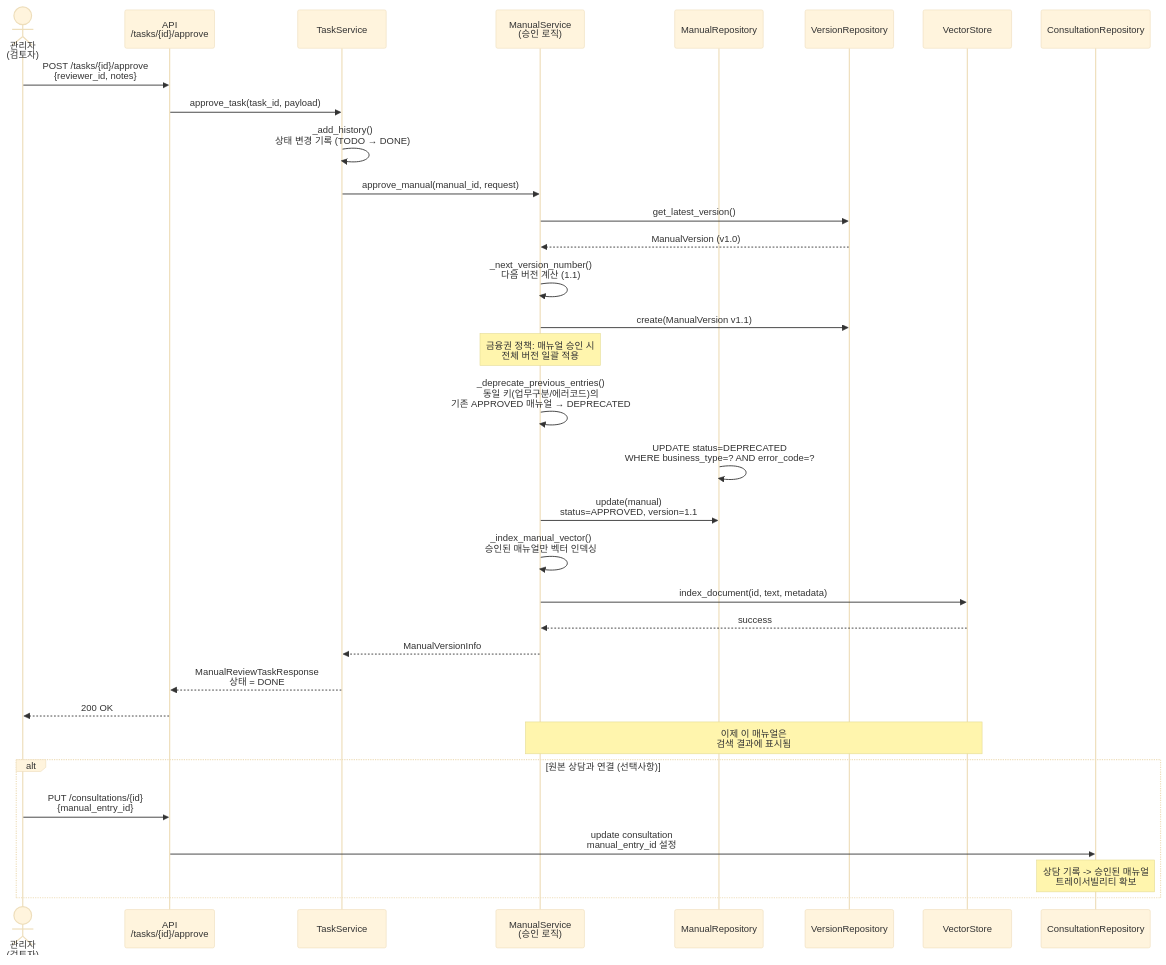
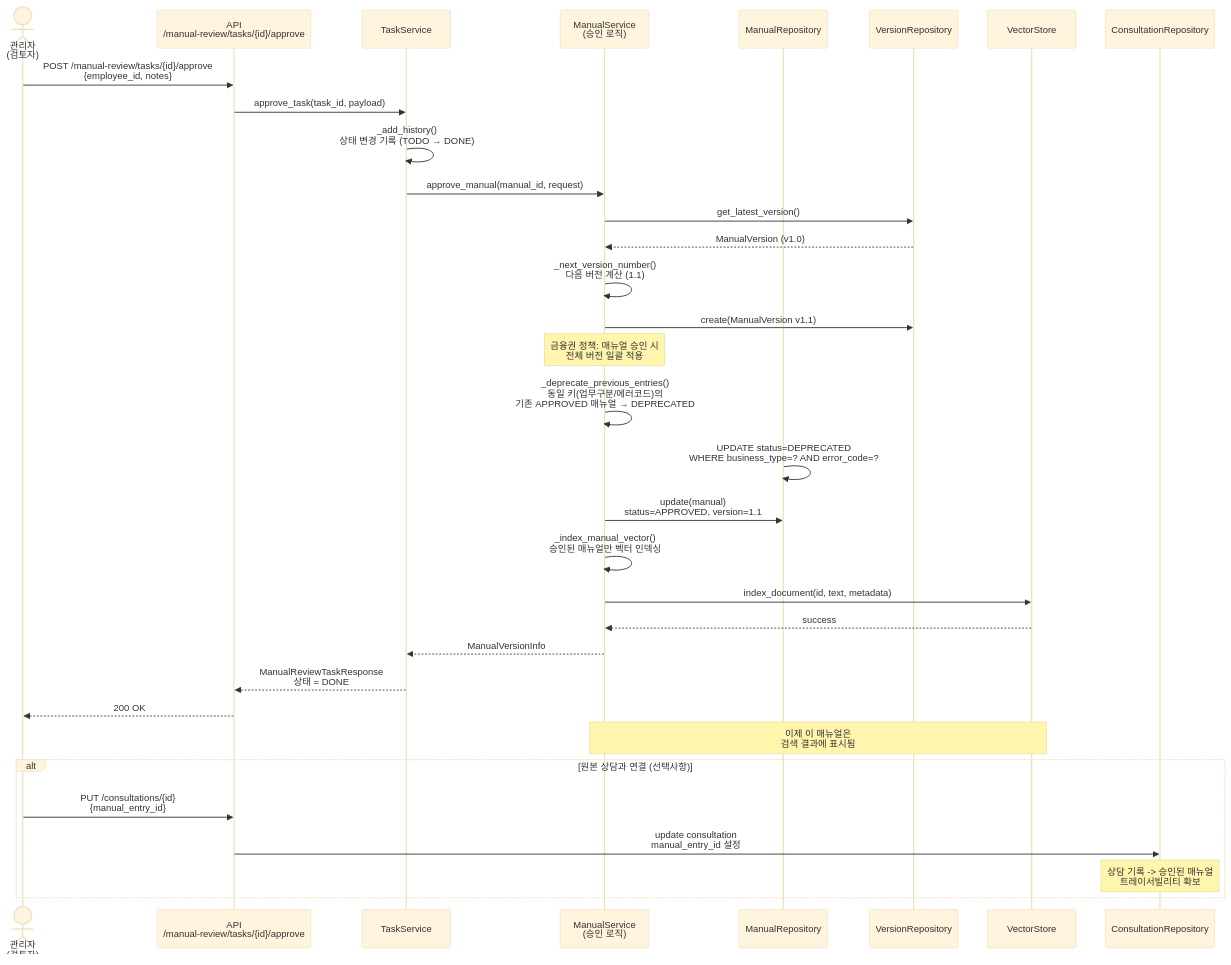
One commit to HauaM/k-helpdesk-wiki changed the fourth of 5 diagrams in onboarding.md. Above: the diagram before and after it, drawn with Mermaid (base theme). The commit also changed other lines of this file and 26 other files, not shown here.

````diff
--- a/onboarding.md
+++ b/onboarding.md
@@ -366,46 +366,46 @@
 ```mermaid
 sequenceDiagram
     actor Reviewer as 관리자<br/>(검토자)
-    participant API as API<br/>/tasks/{id}/approve
+    participant API as API<br/>/manual-review/tasks/{id}/approve
     participant Service as TaskService
     participant ManualService as ManualService<br/>(승인 로직)
     participant ManualRepo as ManualRepository
     participant VersionRepo as VersionRepository
     participant Vector as VectorStore
     participant Consultation as ConsultationRepository
 
-    Reviewer->>API: POST /tasks/{id}/approve<br/>{reviewer_id, notes}
+    Reviewer->>API: POST /manual-review/tasks/{id}/approve<br/>{employee_id, notes}
     API->>Service: approve_task(task_id, payload)
 
     Service->>Service: _add_history()<br/>상태 변경 기록 (TODO → DONE)
 
     Service->>ManualService: approve_manual(manual_id, request)
 
     ManualService->>VersionRepo: get_latest_version()
     VersionRepo-->>ManualService: ManualVersion (v1.0)
 
     ManualService->>ManualService: _next_version_number()<br/>다음 버전 계산 (1.1)
     ManualService->>VersionRepo: create(ManualVersion v1.1)
 
     Note over ManualService: 금융권 정책: 매뉴얼 승인 시<br/>전체 버전 일괄 적용
     ManualService->>ManualService: _deprecate_previous_entries()<br/>동일 키(업무구분/에러코드)의<br/>기존 APPROVED 매뉴얼 → DEPRECATED
     ManualRepo->>ManualRepo: UPDATE status=DEPRECATED<br/>WHERE business_type=? AND error_code=?
 
     ManualService->>ManualRepo: update(manual)<br/>status=APPROVED, version=1.1
 
     ManualService->>ManualService: _index_manual_vector()<br/>승인된 매뉴얼만 벡터 인덱싱
     ManualService->>Vector: index_document(id, text, metadata)
     Vector-->>ManualService: success
 
     ManualService-->>Service: ManualVersionInfo
     Service-->>API: ManualReviewTaskResponse<br/>상태 = DONE
     API-->>Reviewer: 200 OK
 
     Note over ManualService,Vector: 이제 이 매뉴얼은<br/>검색 결과에 표시됨
 
     alt 원본 상담과 연결 (선택사항)
         Reviewer->>API: PUT /consultations/{id}<br/>{manual_entry_id}
         API->>Consultation: update consultation<br/>manual_entry_id 설정
         Note over Consultation: 상담 기록 -> 승인된 매뉴얼<br/>트레이서빌리티 확보
     end
 ```
````
